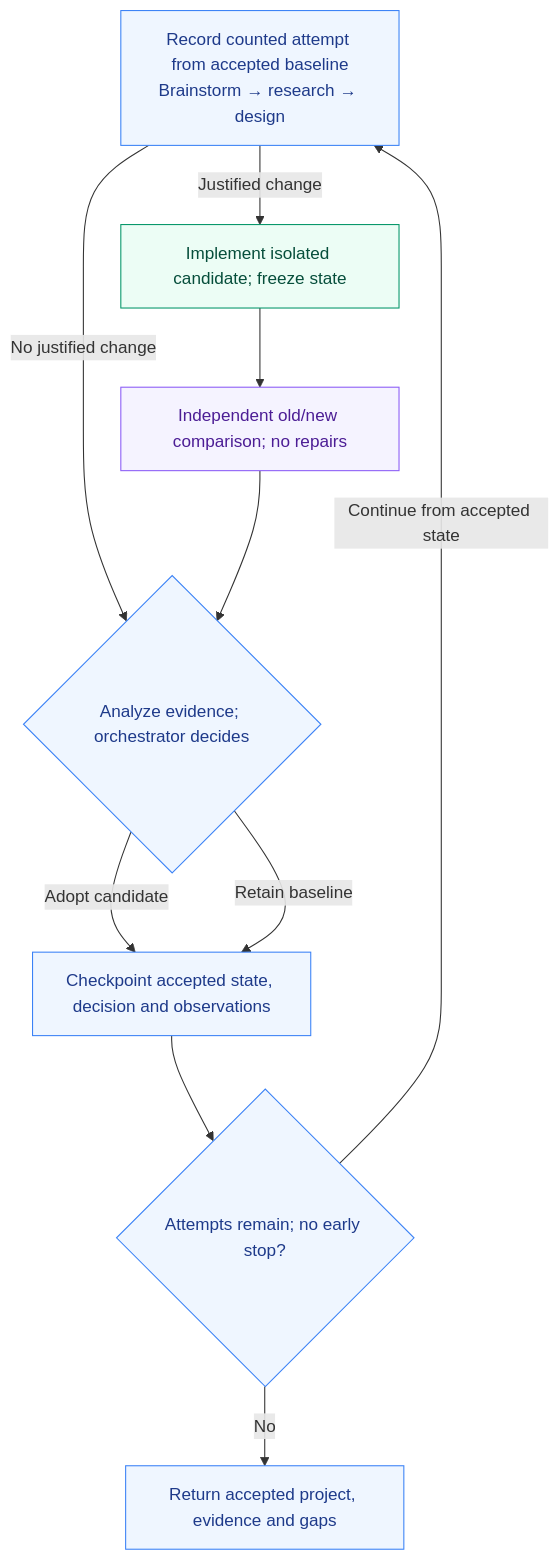
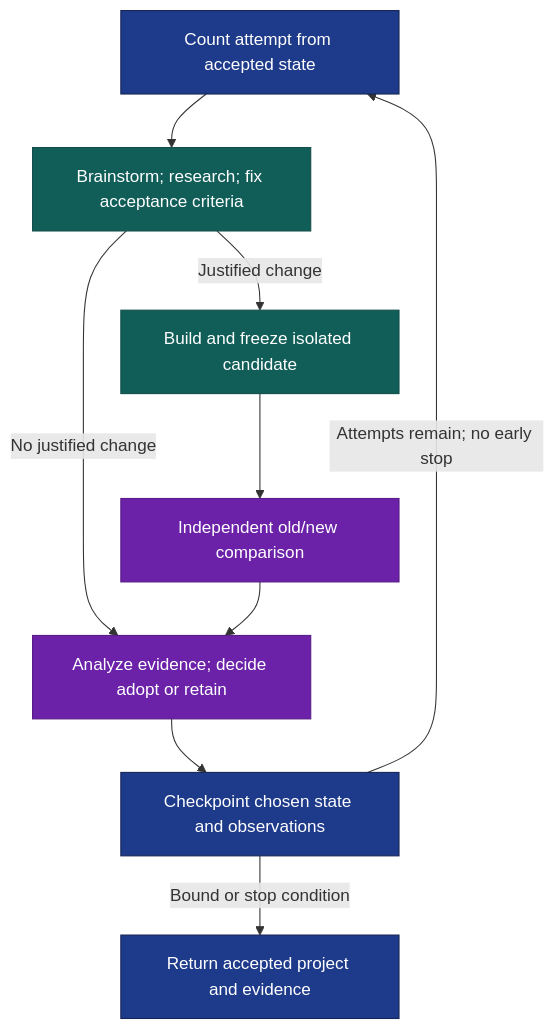
Before and after one commit to DanMcInerney/orchflows: the diagram in example-workflows/design-loop/README.md, drawn with Mermaid. The commit also changed other lines of this file and 29 other files, not shown here.

````diff
--- a/example-workflows/design-loop/README.md
+++ b/example-workflows/design-loop/README.md
@@ -27,18 +21,17 @@
 ```mermaid
 flowchart TD
-    P["Record counted attempt from accepted baseline<br/>Brainstorm → research → design"] -->|Justified change| I[Implement isolated candidate; freeze state]
-    I --> T[Independent old/new comparison; no repairs]
-    P -->|No justified change| DEC
-    T --> DEC{Analyze evidence; orchestrator decides}
-    DEC -->|Adopt candidate| SAVE[Checkpoint accepted state, decision and observations]
-    DEC -->|Retain baseline| SAVE
-    SAVE --> CONT{Attempts remain; no early stop?}
-    CONT -->|Continue from accepted state| P
-    CONT -->|No| OUT[Return accepted project, evidence and gaps]
-    classDef work fill:#ecfdf5,stroke:#059669,color:#064e3b;
-    classDef review fill:#f5f3ff,stroke:#8b5cf6,color:#4c1d95;
-    classDef coordinate fill:#eff6ff,stroke:#3b82f6,color:#1e3a8a;
-    class I work;
-    class T review;
-    class P,DEC,SAVE,CONT,OUT coordinate;
+    A["Count attempt from accepted state"] --> B["Brainstorm; research; fix acceptance criteria"]
+    B -->|Justified change| C["Build and freeze isolated candidate"]
+    C --> D["Independent old/new comparison"]
+    B -->|No justified change| E
+    D --> E["Analyze evidence; decide adopt or retain"]
+    E --> F["Checkpoint chosen state and observations"]
+    F -->|Attempts remain; no early stop| A
+    F -->|Bound or stop condition| G["Return accepted project and evidence"]
+    classDef work fill:#115e59,stroke:#134e4a,color:#ffffff;
+    classDef review fill:#6b21a8,stroke:#581c87,color:#ffffff;
+    classDef state fill:#1e3a8a,stroke:#172554,color:#ffffff;
+    class B,C work;
+    class D,E review;
+    class A,F,G state;
 ```
````
